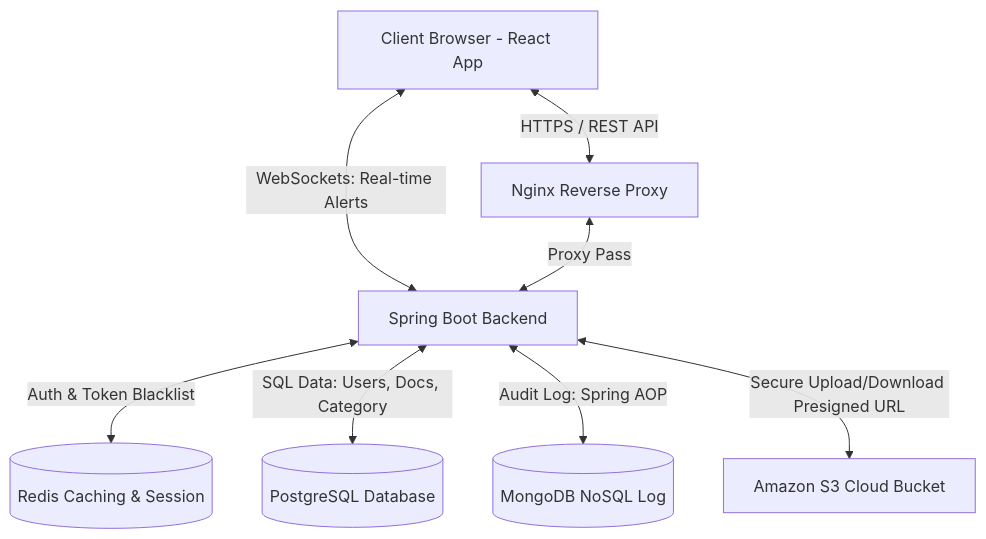
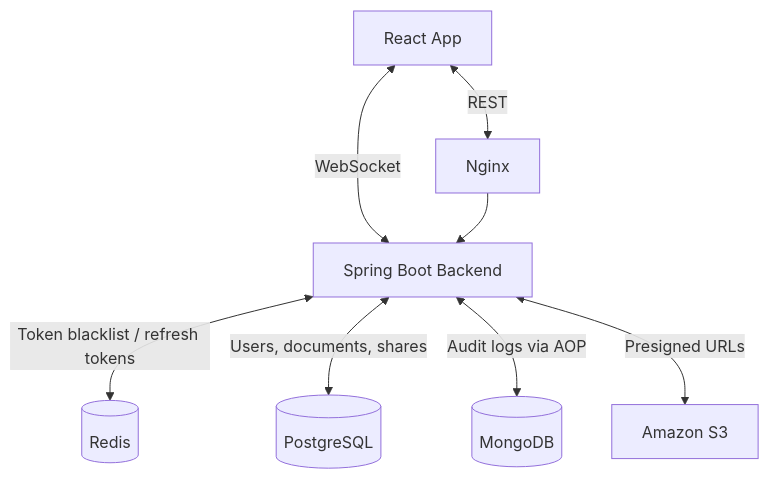
The diagram in README.md (HoangPhuong814/enterprise-document), drawn with Mermaid before and after one commit. The commit also changed other lines of this file and 2 other files, not shown here.

Commit message:
update readme and architecture md

````diff
--- a/README.md
+++ b/README.md
@@ -33,10 +42,10 @@
 ```mermaid
 graph TD
-    Client[Client Browser - React App] <-->|HTTPS / REST API| Nginx[Nginx Reverse Proxy]
-    Client <-->|WebSockets: Real-time Alerts| SpringBoot
-    Nginx <-->|Proxy Pass| SpringBoot[Spring Boot Backend]
-    SpringBoot <-->|Auth & Token Blacklist| Redis[(Redis Caching & Session)]
-    SpringBoot <-->|SQL Data: Users, Docs, Category| PostgreSQL[(PostgreSQL Database)]
-    SpringBoot <-->|Audit Log: Spring AOP| MongoDB[(MongoDB NoSQL Log)]
-    SpringBoot <-->|Secure Upload/Download Presigned URL| S3[Amazon S3 Cloud Bucket]
+    Client[React App] <-->|REST| Nginx[Nginx]
+    Client <-->|WebSocket| SpringBoot
+    Nginx --> SpringBoot[Spring Boot Backend]
+    SpringBoot <-->|Token blacklist / refresh tokens| Redis[(Redis)]
+    SpringBoot <-->|Users, documents, shares| PostgreSQL[(PostgreSQL)]
+    SpringBoot <-->|Audit logs via AOP| MongoDB[(MongoDB)]
+    SpringBoot <-->|Presigned URLs| S3[Amazon S3]
 ```
````
